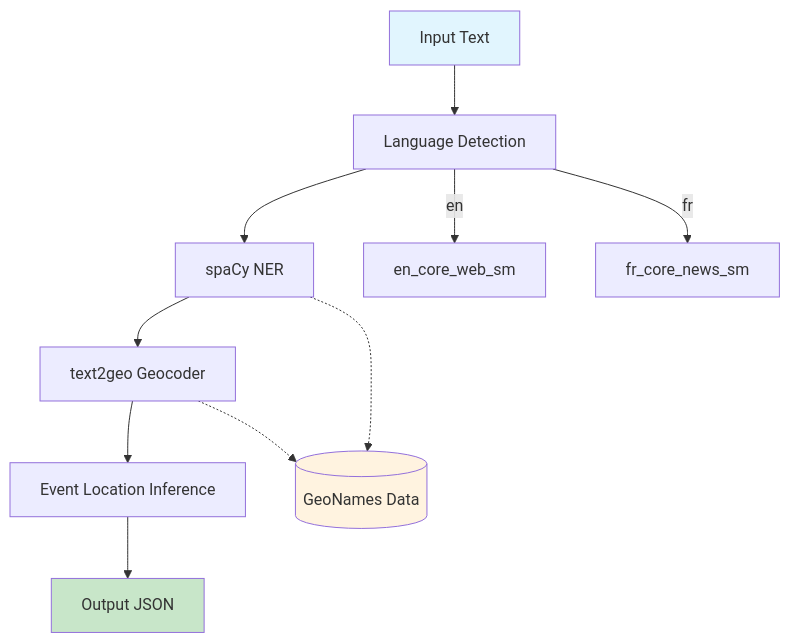
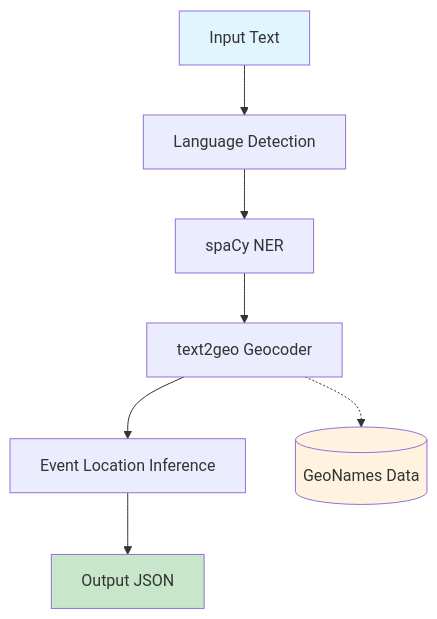
The first of 2 diagrams in docs/architecture/location-extraction.md (ConnectedWanderer/living-map), drawn with Mermaid before and after one commit.

Commit message:
docs: fix pipeline architecture diagram - remove incorrect spaCy->GeoNames dependency and model routing nodes

````diff
--- a/docs/architecture/location-extraction.md
+++ b/docs/architecture/location-extraction.md
@@ -20,18 +20,14 @@
 ```mermaid
 flowchart TD
     A[Input Text] --> B[Language Detection]
     B --> C[spaCy NER]
     C --> D[text2geo Geocoder]
     D --> E[Event Location Inference]
     E --> F[Output JSON]
 
-    C -.-> G[(GeoNames Data)]
-    D -.-> G
-
-    B -->|"en"| H["en_core_web_sm"]
-    B -->|"fr"| I["fr_core_news_sm"]
+    D -.-> G[(GeoNames Data)]
 
     style A fill:#e1f5fe
     style F fill:#c8e6c9
     style G fill:#fff3e0
 ```
````
